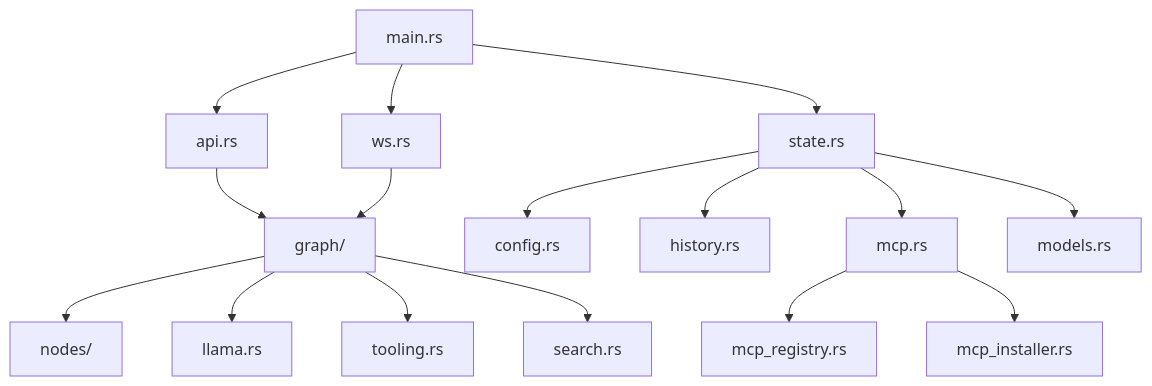
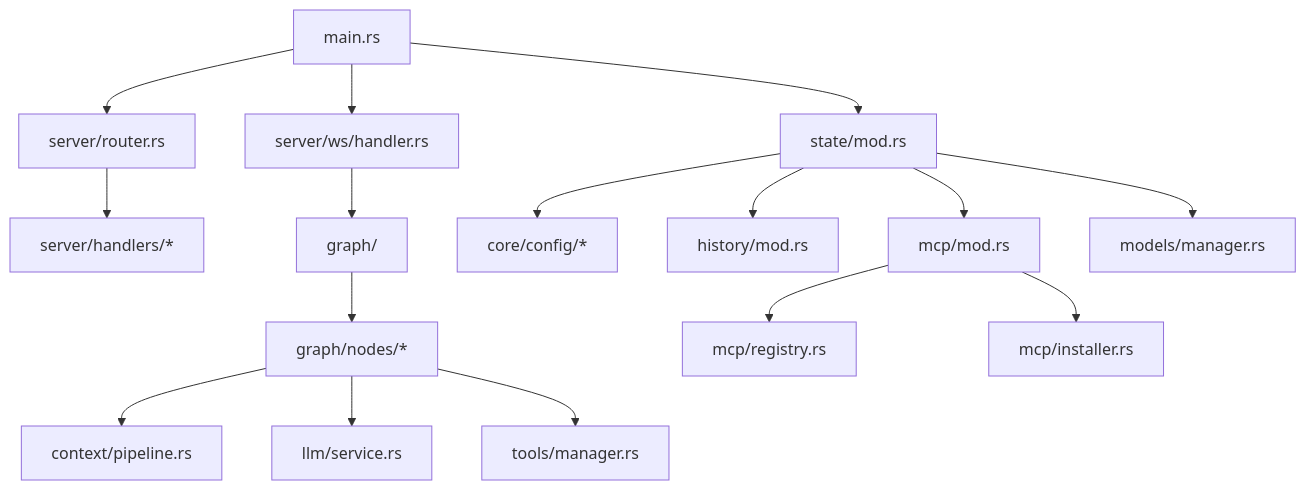
Before and after one commit to coco4atJP/Tepora-alpha: the second of 10 diagrams in docs/architecture/ARCHITECTURE.md, drawn with Mermaid. The commit also changed other lines of this file, not shown here.

Commit message:
docs: update architecture documentation to v5.02

````diff
--- a/docs/architecture/ARCHITECTURE.md
+++ b/docs/architecture/ARCHITECTURE.md
@@ -94,22 +94,22 @@
 ```mermaid
 graph TD
-    Main[main.rs] --> API[api.rs]
-    Main --> WS[ws.rs]
-    Main --> State[state.rs]
-  
-    API --> Graph[graph/]
-    WS --> Graph
-  
-    Graph --> Nodes[nodes/]
-    Graph --> LLM[llama.rs]
-    Graph --> Tools[tooling.rs]
-    Graph --> Search[search.rs]
-  
-    State --> Config[config.rs]
-    State --> History[history.rs]
-    State --> MCP[mcp.rs]
-    State --> Models[models.rs]
-  
-    MCP --> McpRegistry[mcp_registry.rs]
-    MCP --> McpInstaller[mcp_installer.rs]
+    Main[main.rs] --> Router[server/router.rs]
+    Main --> WS[server/ws/handler.rs]
+    Main --> State[state/mod.rs]
+
+    Router --> Handlers[server/handlers/*]
+    WS --> Graph[graph/]
+
+    Graph --> Nodes[graph/nodes/*]
+    Nodes --> Pipeline[context/pipeline.rs]
+    Nodes --> LLM[llm/service.rs]
+    Nodes --> Tools[tools/manager.rs]
+
+    State --> Config[core/config/*]
+    State --> History[history/mod.rs]
+    State --> MCP[mcp/mod.rs]
+    State --> Models[models/manager.rs]
+
+    MCP --> McpRegistry[mcp/registry.rs]
+    MCP --> McpInstaller[mcp/installer.rs]
 ```
````
